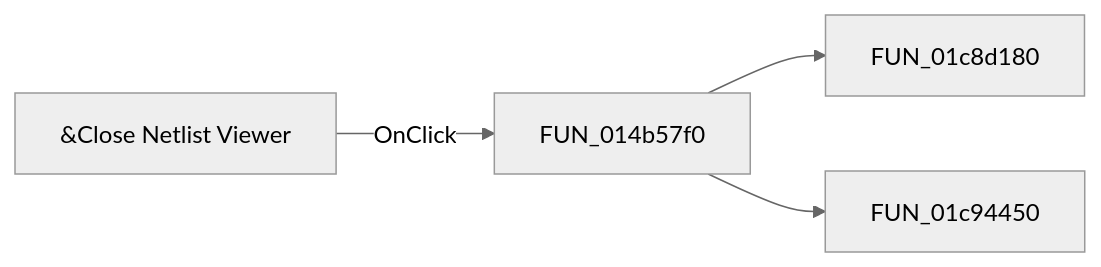
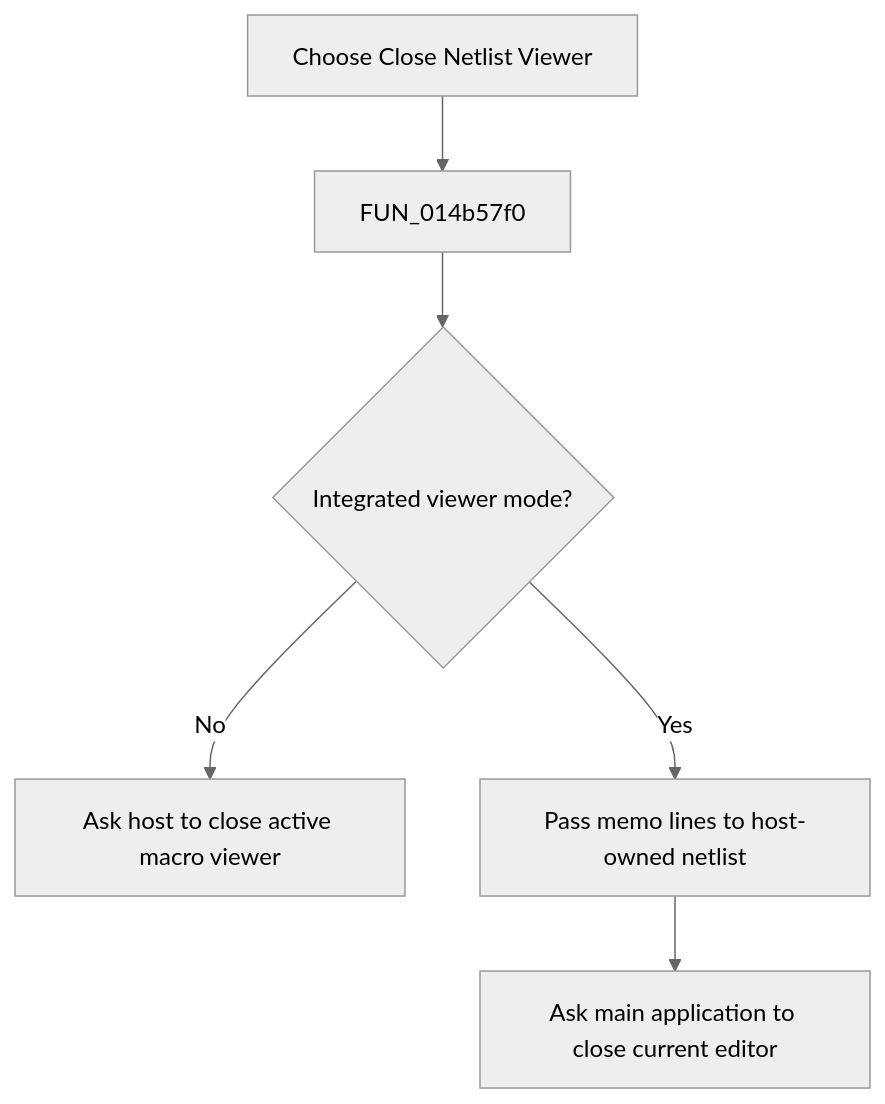
The diagram in docs/ui-controls/netlistviewer/miexit-595ad70410.md (MovGP0/TIARA), drawn with Mermaid (neutral theme) before and after one commit. The commit also changed other lines of this file and 1062 other files, not shown here.

````diff
--- a/docs/ui-controls/netlistviewer/miexit-595ad70410.md
+++ b/docs/ui-controls/netlistviewer/miexit-595ad70410.md
@@ -27,6 +27,8 @@
 ```mermaid
-flowchart LR
-    control["&Close Netlist Viewer"] -->|OnClick| handler["FUN_014b57f0"]
-    handler --> call1["FUN_01c8d180"]
-    handler --> call2["FUN_01c94450"]
+flowchart TD
+    control["Choose Close Netlist Viewer"] --> handler["FUN_014b57f0"]
+    handler --> mode{"Integrated viewer mode?"}
+    mode -->|No| macro["Ask host to close active macro viewer"]
+    mode -->|Yes| stage["Pass memo lines to host-owned netlist"]
+    stage --> editor["Ask main application to close current editor"]
 ```
````
